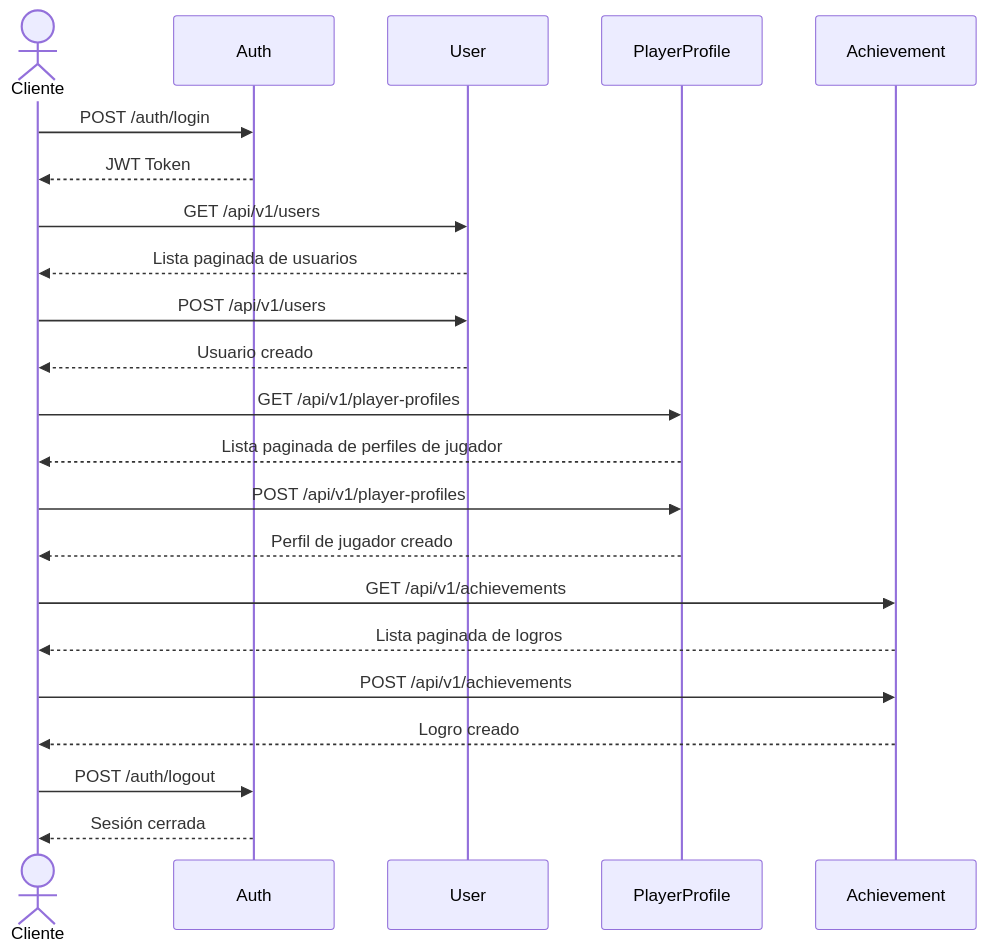
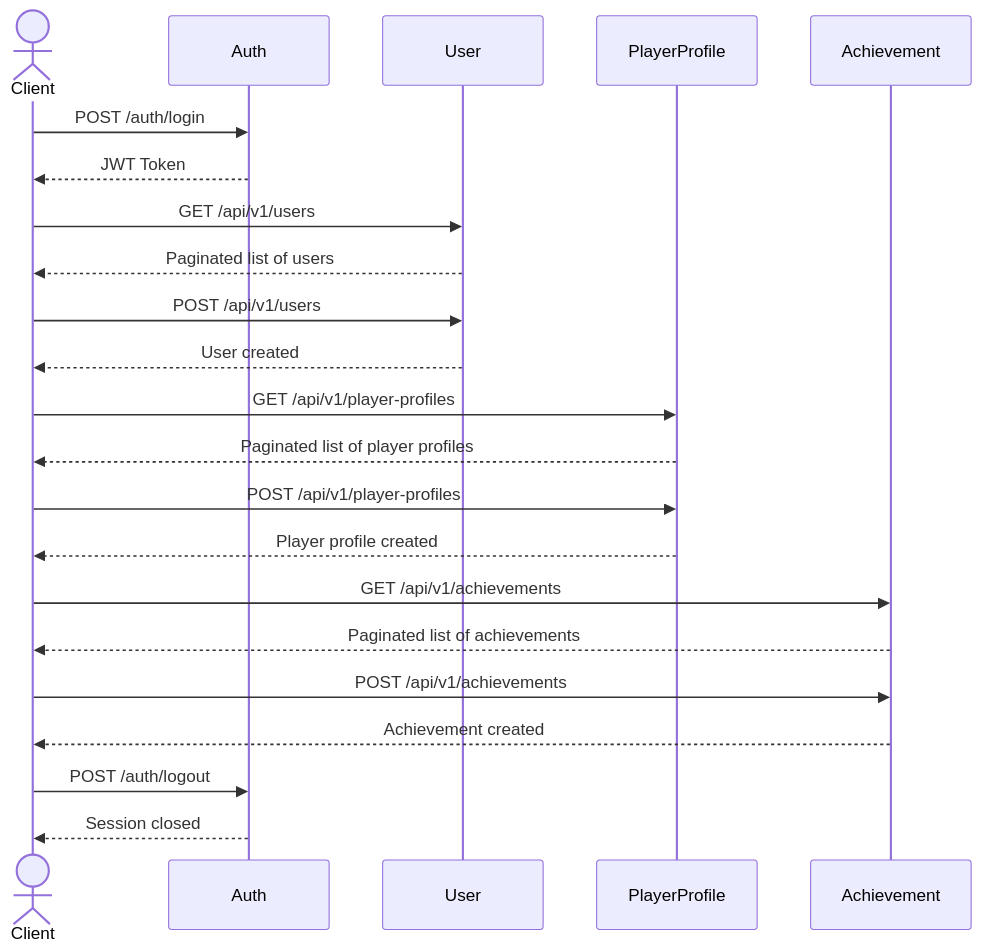
One commit to Dieg0Code/portfolio_01_player_profile changed the third of 4 diagrams in README.md. Above: the diagram before and after it, drawn with Mermaid. The commit also changed other lines of this file, not shown here.

````diff
--- a/README.md
+++ b/README.md
@@ -141,32 +140,32 @@
 ```mermaid
 sequenceDiagram
-    actor Cliente
+    actor Client
     participant Auth
     participant User
     participant PlayerProfile
     participant Achievement
 
-    Cliente->>Auth: POST /auth/login
-    Auth-->>Cliente: JWT Token
+    Client->>Auth: POST /auth/login
+    Auth-->>Client: JWT Token
 
-    Cliente->>User: GET /api/v1/users
-    User-->>Cliente: Lista paginada de usuarios
+    Client->>User: GET /api/v1/users
+    User-->>Client: Paginated list of users
 
-    Cliente->>User: POST /api/v1/users
-    User-->>Cliente: Usuario creado
+    Client->>User: POST /api/v1/users
+    User-->>Client: User created
 
-    Cliente->>PlayerProfile: GET /api/v1/player-profiles
-    PlayerProfile-->>Cliente: Lista paginada de perfiles de jugador
+    Client->>PlayerProfile: GET /api/v1/player-profiles
+    PlayerProfile-->>Client: Paginated list of player profiles
 
-    Cliente->>PlayerProfile: POST /api/v1/player-profiles
-    PlayerProfile-->>Cliente: Perfil de jugador creado
+    Client->>PlayerProfile: POST /api/v1/player-profiles
+    PlayerProfile-->>Client: Player profile created
 
-    Cliente->>Achievement: GET /api/v1/achievements
-    Achievement-->>Cliente: Lista paginada de logros
+    Client->>Achievement: GET /api/v1/achievements
+    Achievement-->>Client: Paginated list of achievements
 
-    Cliente->>Achievement: POST /api/v1/achievements
-    Achievement-->>Cliente: Logro creado
+    Client->>Achievement: POST /api/v1/achievements
+    Achievement-->>Client: Achievement created
 
-    Cliente->>Auth: POST /auth/logout
-    Auth-->>Cliente: Sesión cerrada
+    Client->>Auth: POST /auth/logout
+    Auth-->>Client: Session closed
 ```
````
